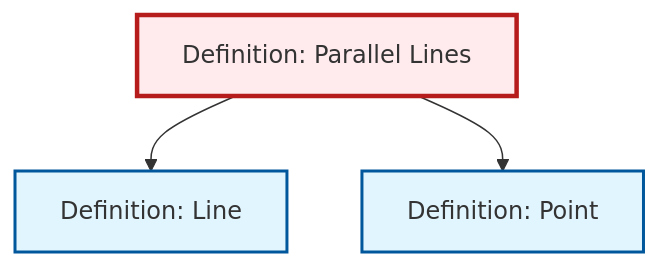
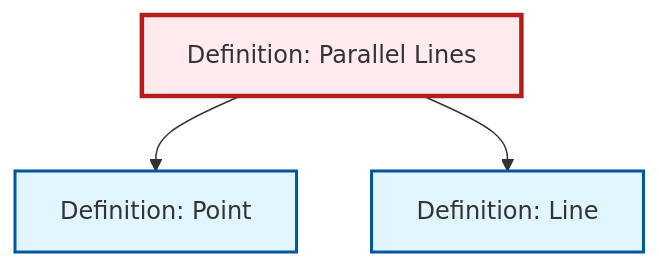
One commit to RK0429/ModernMath changed the diagram in content/ja/geometry/def-parallel.qmd. Above: the diagram before and after it, drawn with Mermaid. The commit also changed other lines of this file and 434 other files, not shown here.

````diff
--- a/content/ja/geometry/def-parallel.qmd
+++ b/content/ja/geometry/def-parallel.qmd
@@ -88,17 +88,17 @@
 ```{mermaid}
 %%| fig-cap: "Local dependency graph"
 graph TD
     classDef definition fill:#e1f5fe,stroke:#01579b,stroke-width:2px
     classDef theorem fill:#f3e5f5,stroke:#4a148c,stroke-width:2px
     classDef axiom fill:#fff3e0,stroke:#e65100,stroke-width:2px
     classDef example fill:#e8f5e9,stroke:#1b5e20,stroke-width:2px
     classDef current fill:#ffebee,stroke:#b71c1c,stroke-width:3px
+    def-point["Definition: Point"]:::definition
+    def-parallel["Definition: Parallel Lines"]:::definition
     def-line["Definition: Line"]:::definition
-    def-parallel["Definition: Parallel Lines"]:::definition
-    def-point["Definition: Point"]:::definition
+    def-parallel --> def-point
     def-parallel --> def-line
-    def-parallel --> def-point
     class def-parallel current
+    click def-point "def-point.html" "Definition: Pointへ"
     click def-line "def-line.html" "Definition: Lineへ"
-    click def-point "def-point.html" "Definition: Pointへ"
 ```
````
